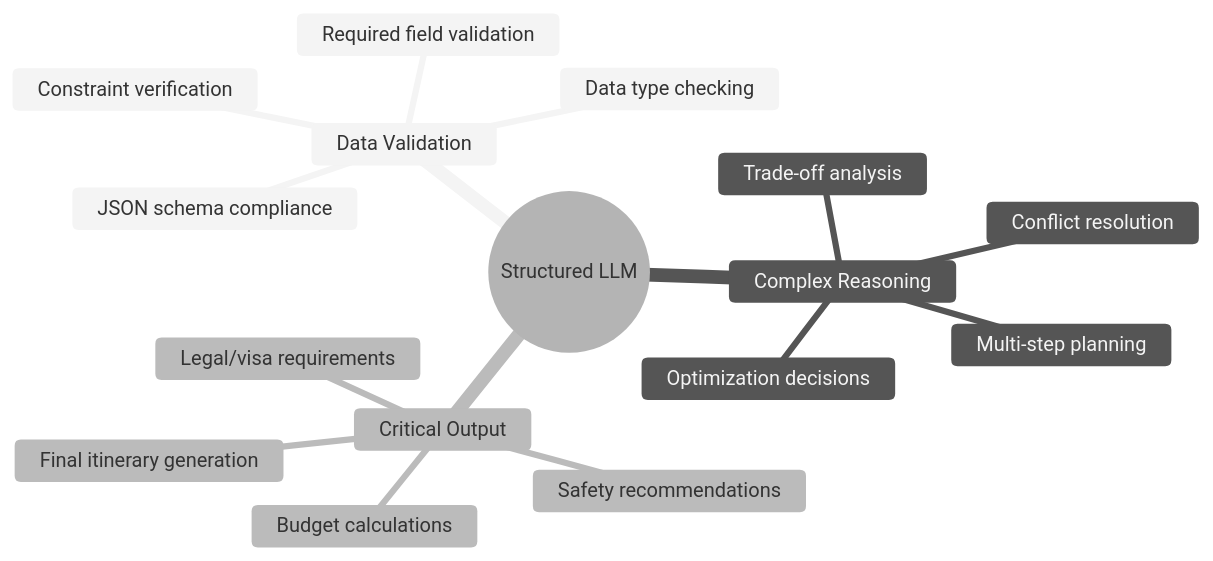
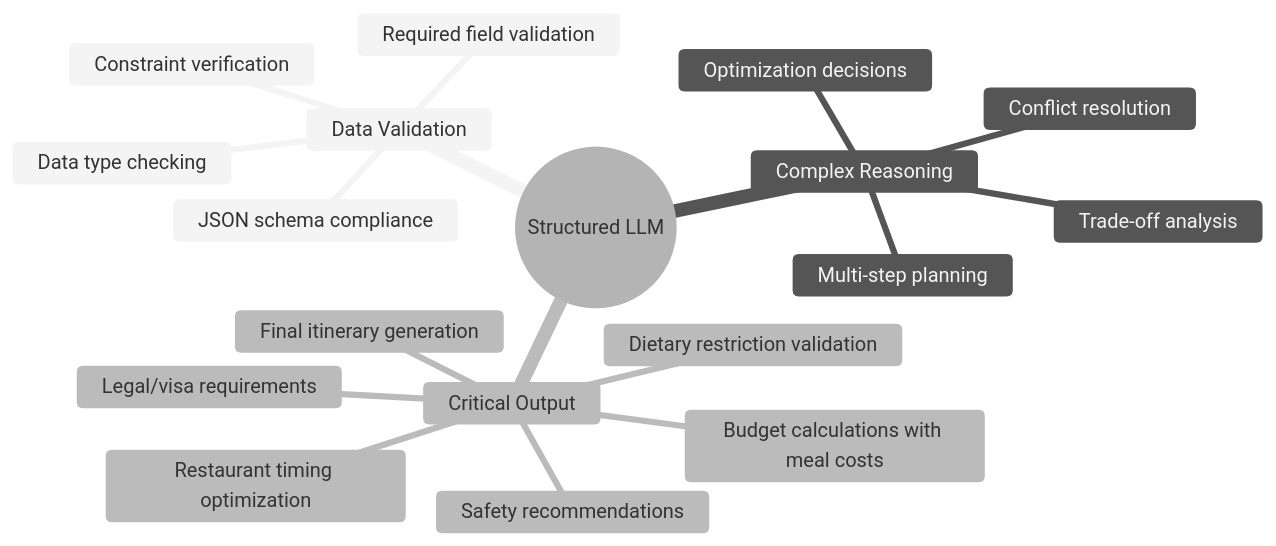
The third of 9 diagrams in 03_ai_orchestration.md (vietlinhh02/diagramtravels), drawn with Mermaid (neutral theme) before and after one commit. The commit also changed other lines of this file and 5 other files, not shown here.

````diff
--- a/03_ai_orchestration.md
+++ b/03_ai_orchestration.md
@@ -94,19 +96,21 @@
 ```mermaid
 mindmap
   root((Structured LLM))
     Data Validation
       JSON schema compliance
       Constraint verification
       Data type checking
       Required field validation
     Complex Reasoning
       Multi-step planning
       Conflict resolution
       Trade-off analysis
       Optimization decisions
     Critical Output
       Final itinerary generation
-      Budget calculations
+      Budget calculations with meal costs
+      Dietary restriction validation
+      Restaurant timing optimization
       Safety recommendations
       Legal/visa requirements
 ```
````
